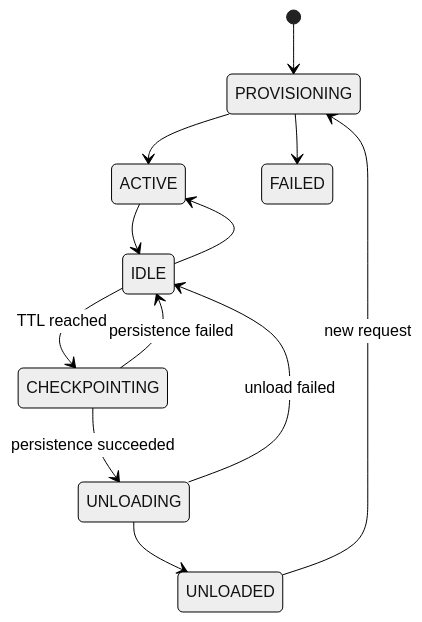
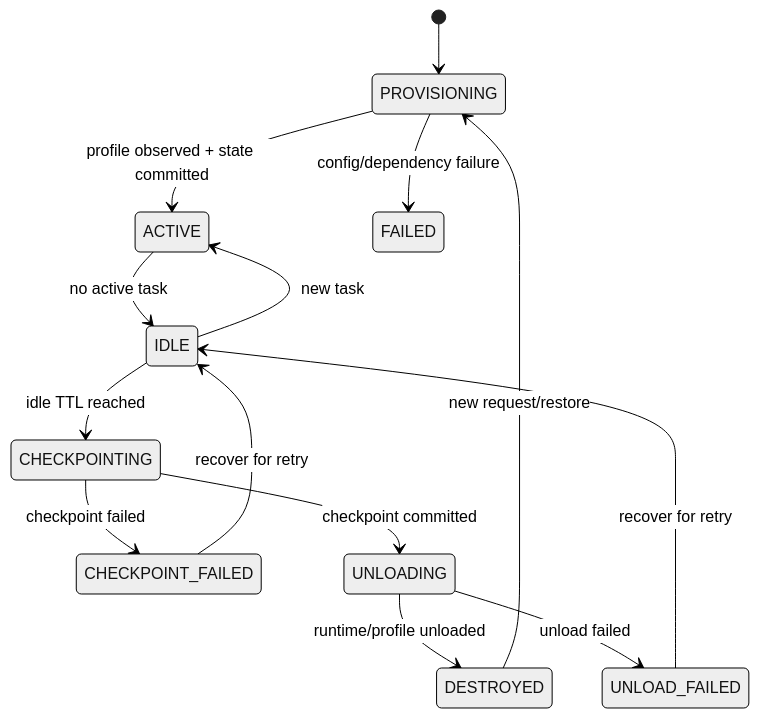
The first of 2 diagrams in docs/lifecycle-persistence.md (liuchuang164/AgentNest), drawn with Mermaid (neutral theme) before and after one commit. The commit also changed 67 other files, not shown here.

````diff
--- a/docs/lifecycle-persistence.md
+++ b/docs/lifecycle-persistence.md
@@ -73,14 +73,16 @@
 ```mermaid
 stateDiagram-v2
     [*] --> PROVISIONING
-    PROVISIONING --> ACTIVE
-    PROVISIONING --> FAILED
-    ACTIVE --> IDLE
-    IDLE --> ACTIVE
-    IDLE --> CHECKPOINTING: TTL reached
-    CHECKPOINTING --> IDLE: persistence failed
-    CHECKPOINTING --> UNLOADING: persistence succeeded
-    UNLOADING --> UNLOADED
-    UNLOADING --> IDLE: unload failed
-    UNLOADED --> PROVISIONING: new request
+    PROVISIONING --> ACTIVE: profile observed + state committed
+    PROVISIONING --> FAILED: config/dependency failure
+    ACTIVE --> IDLE: no active task
+    IDLE --> ACTIVE: new task
+    IDLE --> CHECKPOINTING: idle TTL reached
+    CHECKPOINTING --> CHECKPOINT_FAILED: checkpoint failed
+    CHECKPOINT_FAILED --> IDLE: recover for retry
+    CHECKPOINTING --> UNLOADING: checkpoint committed
+    UNLOADING --> DESTROYED: runtime/profile unloaded
+    UNLOADING --> UNLOAD_FAILED: unload failed
+    UNLOAD_FAILED --> IDLE: recover for retry
+    DESTROYED --> PROVISIONING: new request/restore
 ```
````
